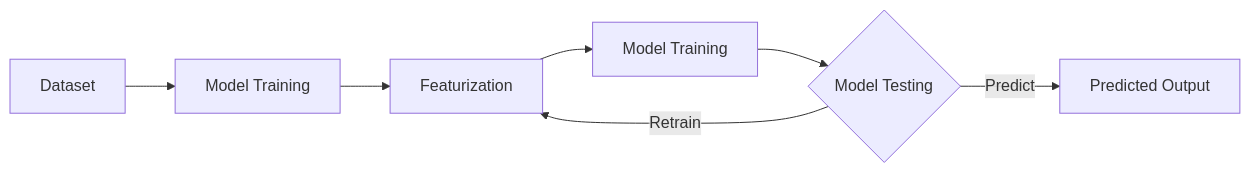
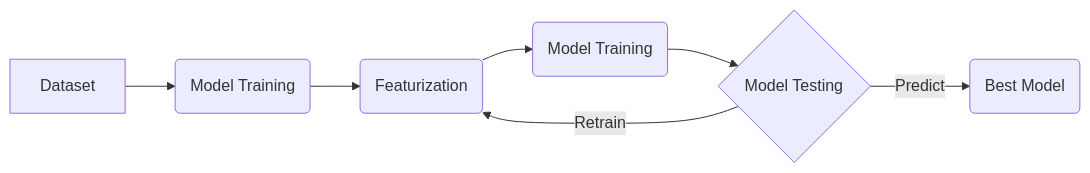
The diagram in README.md (Suddhaswatta/learn-ml), drawn with Mermaid before and after one commit.

````diff
--- a/README.md
+++ b/README.md
@@ -15,11 +15,11 @@
 ```mermaid
 flowchart LR
-    A[Dataset] --> B[Model Training]
-    B --> C[Featurization]  
-    C --> D[Model Training] 
+    A[Dataset] --> B(Model Training)
+    B --> C(Featurization)
+    C --> D(Model Training)
     D --> E{Model Testing}
     E --> |Retrain| C
-    E --> |Predict| F[Predicted Output]
+    E --> |Predict| F(Best Model)
    
   
 ```
````
